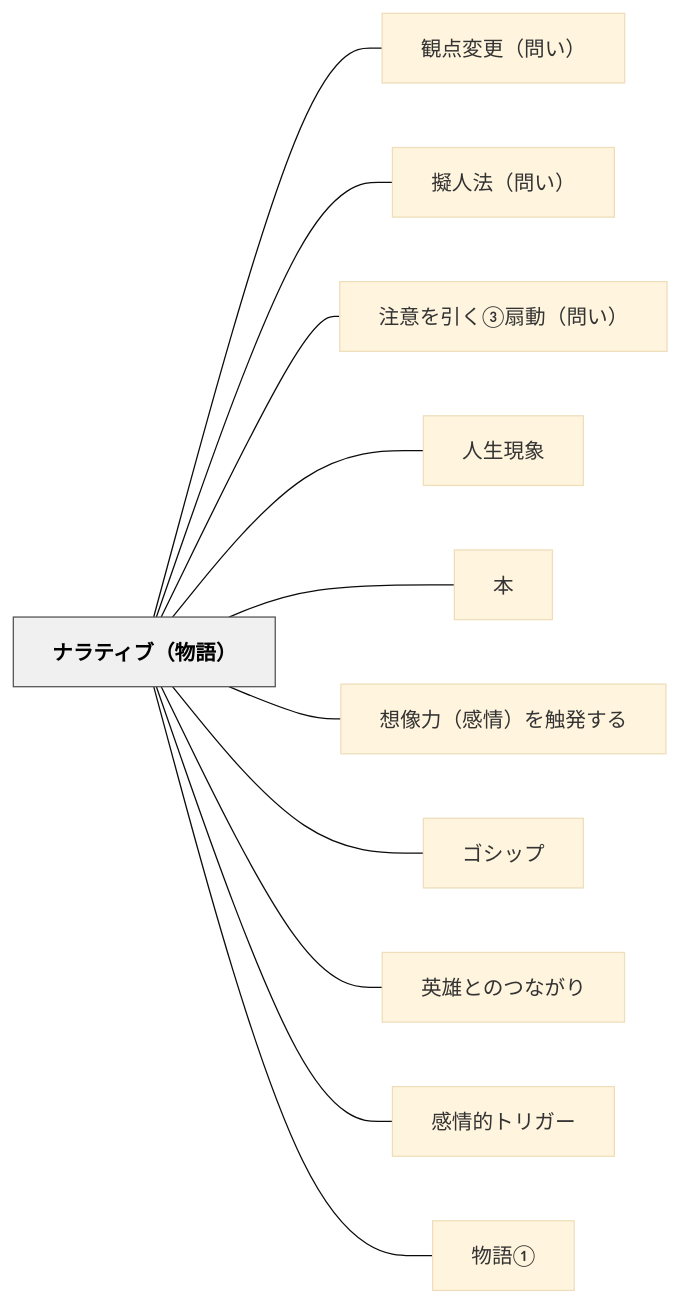
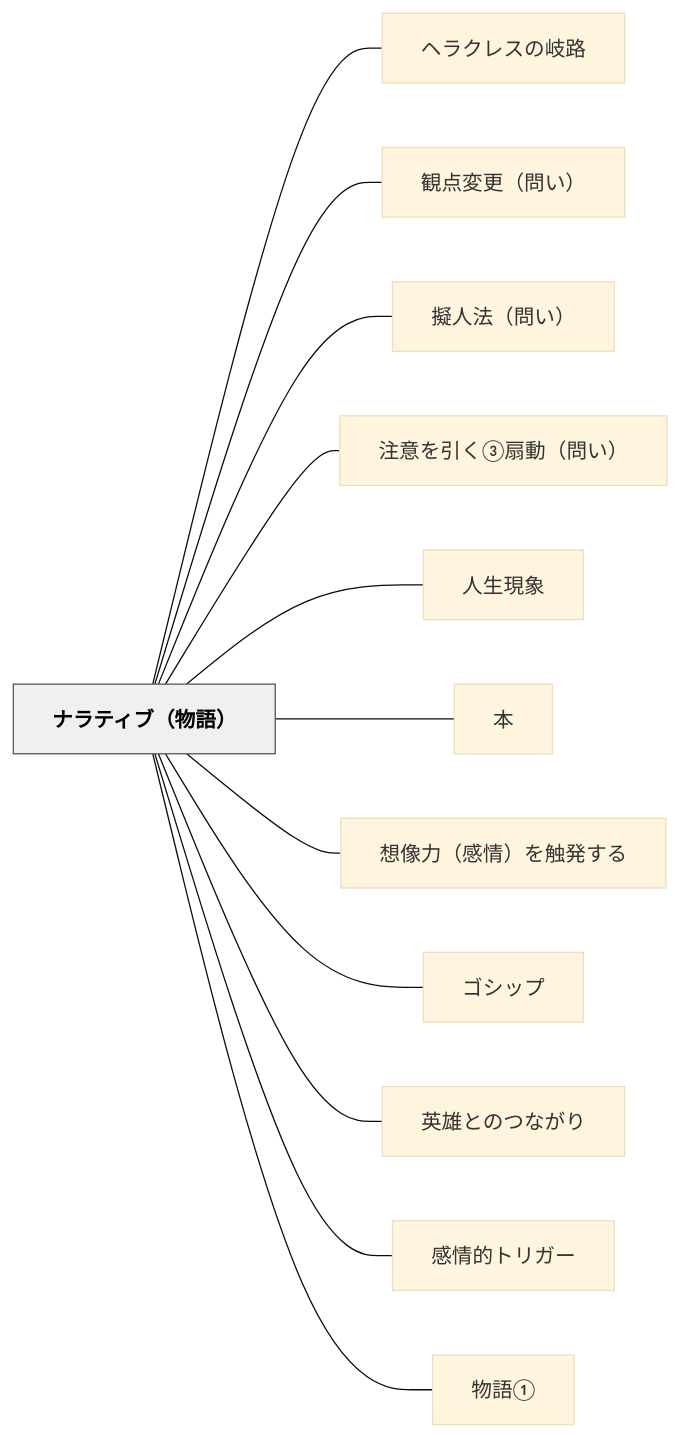
The diagram in content/パタン/ナラティブ（物語）.md (unknownthings-ed-patterns/unknownthings-ed-patterns), drawn with Mermaid (base theme) before and after one commit. The commit also changed other lines of this file and 19 other files, not shown here.

````diff
--- a/content/パタン/ナラティブ（物語）.md
+++ b/content/パタン/ナラティブ（物語）.md
@@ -55,28 +56,30 @@
 ```mermaid
 flowchart LR
     ne3838ae383a9e38386e382a3e38396efbc88e789a9e8aa9eefbc89["ナラティブ（物語）"]
+    ne38398e383a9e382afe383ace382b9e381aee5b290e8b7af["ヘラクレスの岐路"]
     ne8a6b3e782b9e5a489e69bb4efbc88e5958fe38184efbc89["観点変更（問い）"]
     ne693ace4babae6b395efbc88e5958fe38184efbc89["擬人法（問い）"]
     ne6b3a8e6848fe38292e5bc95e3818fe291a2e68987e58b95efbc88e5958fe38184efbc89["注意を引く③扇動（問い）"]
     ne4babae7949fe78fbee8b1a1["人生現象"]
     ne69cac["本"]
     ne683b3e5838fe58a9befbc88e6849fe68385efbc89e38292e8a7a6e799bae38199e3828b["想像力（感情）を触発する"]
     ne382b4e382b7e38383e38397["ゴシップ"]
     ne88bb1e99b84e381a8e381aee381a4e381aae3818ce3828a["英雄とのつながり"]
     ne6849fe68385e79a84e38388e383aae382ace383bc["感情的トリガー"]
     ne789a9e8aa9ee291a0["物語①"]
 
+    ne3838ae383a9e38386e382a3e38396efbc88e789a9e8aa9eefbc89 --- ne38398e383a9e382afe383ace382b9e381aee5b290e8b7af
     ne3838ae383a9e38386e382a3e38396efbc88e789a9e8aa9eefbc89 --- ne8a6b3e782b9e5a489e69bb4efbc88e5958fe38184efbc89
     ne3838ae383a9e38386e382a3e38396efbc88e789a9e8aa9eefbc89 --- ne693ace4babae6b395efbc88e5958fe38184efbc89
     ne3838ae383a9e38386e382a3e38396efbc88e789a9e8aa9eefbc89 --- ne6b3a8e6848fe38292e5bc95e3818fe291a2e68987e58b95efbc88e5958fe38184efbc89
     ne3838ae383a9e38386e382a3e38396efbc88e789a9e8aa9eefbc89 --- ne4babae7949fe78fbee8b1a1
     ne3838ae383a9e38386e382a3e38396efbc88e789a9e8aa9eefbc89 --- ne69cac
     ne3838ae383a9e38386e382a3e38396efbc88e789a9e8aa9eefbc89 --- ne683b3e5838fe58a9befbc88e6849fe68385efbc89e38292e8a7a6e799bae38199e3828b
     ne3838ae383a9e38386e382a3e38396efbc88e789a9e8aa9eefbc89 --- ne382b4e382b7e38383e38397
     ne3838ae383a9e38386e382a3e38396efbc88e789a9e8aa9eefbc89 --- ne88bb1e99b84e381a8e381aee381a4e381aae3818ce3828a
     ne3838ae383a9e38386e382a3e38396efbc88e789a9e8aa9eefbc89 --- ne6849fe68385e79a84e38388e383aae382ace383bc
     ne3838ae383a9e38386e382a3e38396efbc88e789a9e8aa9eefbc89 --- ne789a9e8aa9ee291a0
 
     classDef hub fill:#f0f0f0,stroke:#555,color:#000,font-weight:bold
     class ne3838ae383a9e38386e382a3e38396efbc88e789a9e8aa9eefbc89 hub
 ```
````
